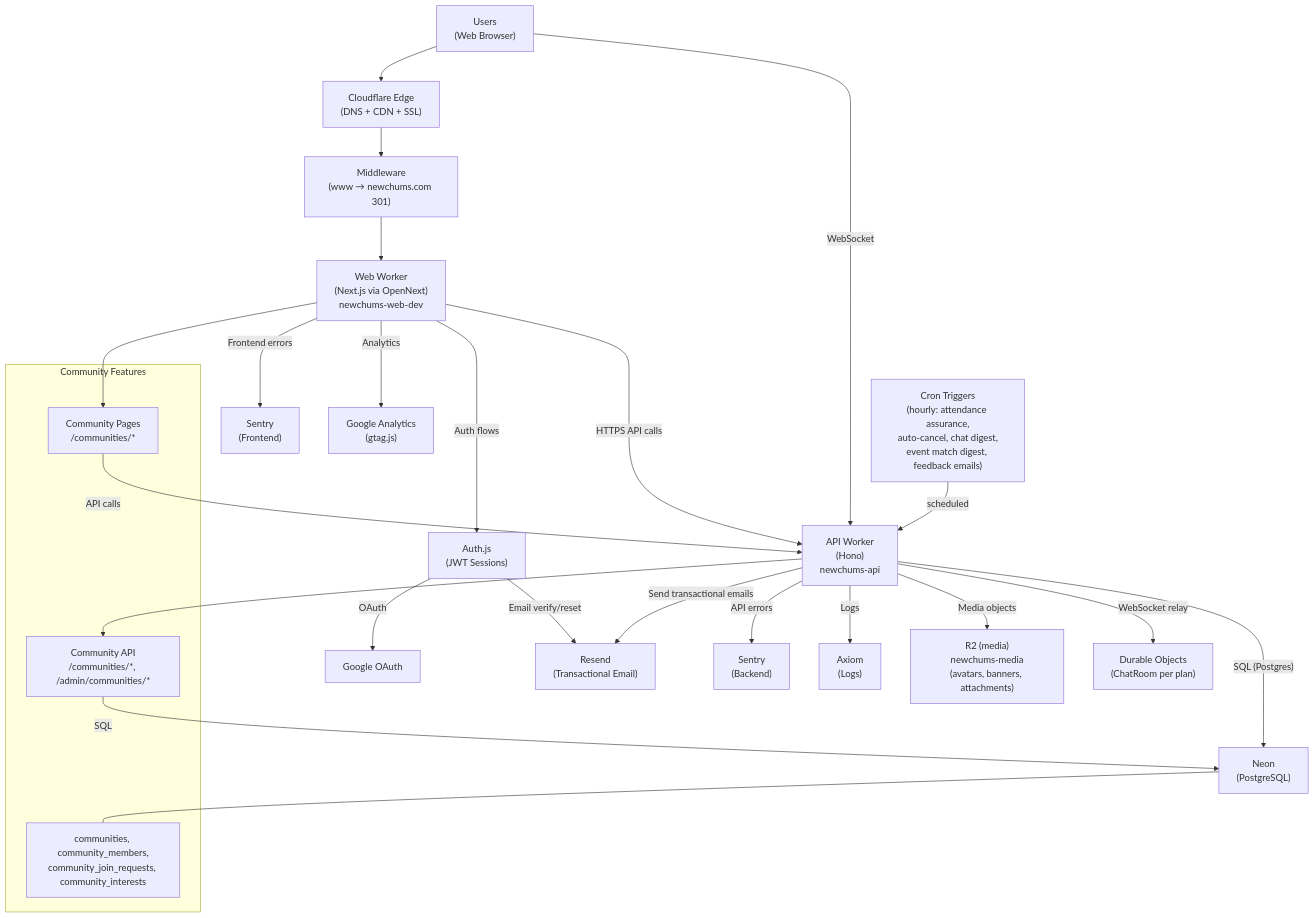
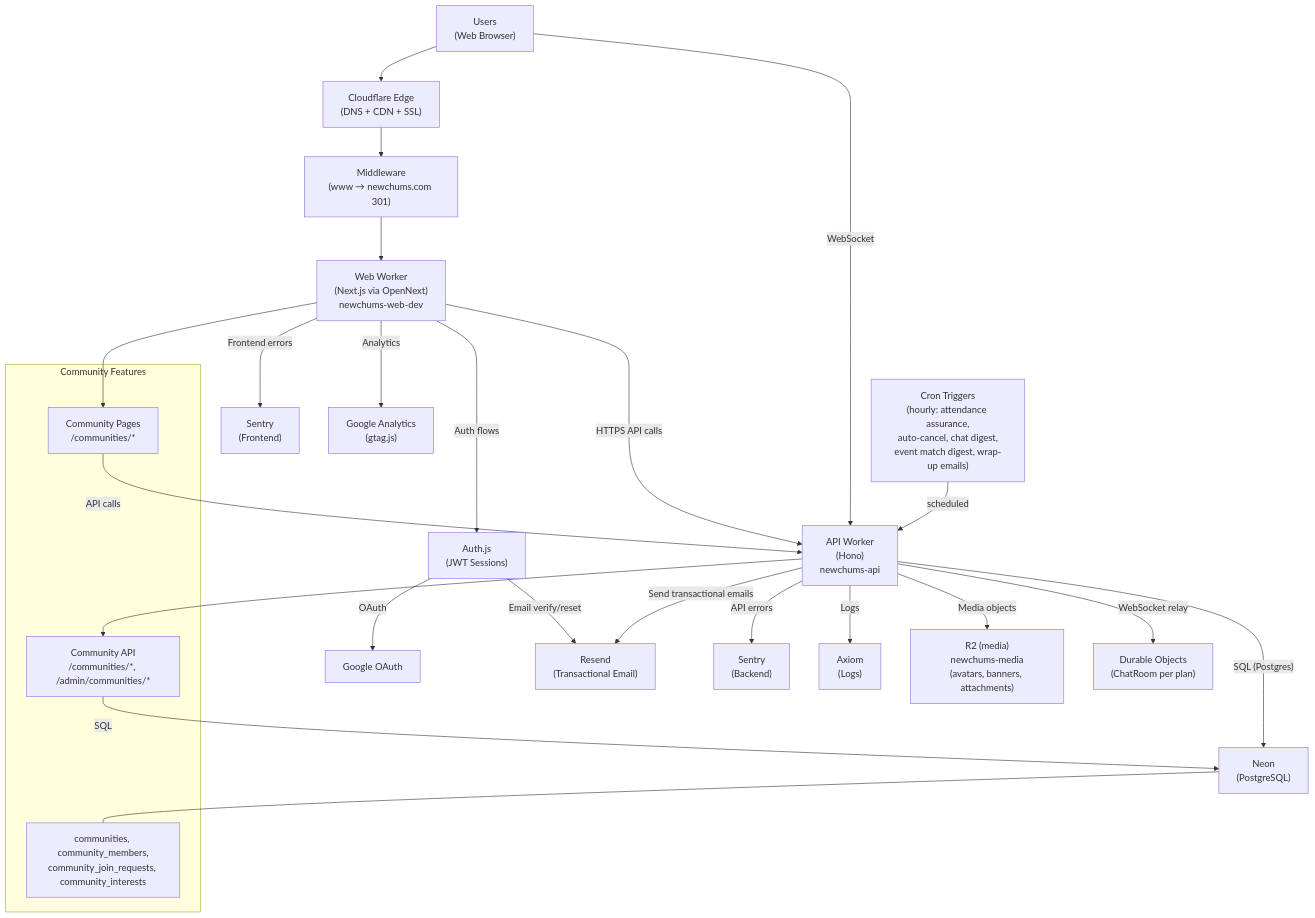
The first of 4 diagrams in docs/System_Map.md (RSS705/newchums), drawn with Mermaid before and after one commit. The commit also changed other lines of this file and 24 other files, not shown here.

````diff
--- a/docs/System_Map.md
+++ b/docs/System_Map.md
@@ -27,36 +27,36 @@
 ```mermaid
 flowchart TB
   U["Users<br/>(Web Browser)"] --> CF["Cloudflare Edge<br/>(DNS + CDN + SSL)"]
   CF --> MW["Middleware<br/>(www → newchums.com 301)"]
   MW --> W["Web Worker<br/>(Next.js via OpenNext)<br/>newchums-web-dev"]
 
   W -->|"HTTPS API calls"| API["API Worker<br/>(Hono)<br/>newchums-api"]
   API -->|"SQL (Postgres)"| DB["Neon<br/>(PostgreSQL)"]
 
   W -->|"Auth flows"| AUTH["Auth.js<br/>(JWT Sessions)"]
   AUTH -->|"OAuth"| GOOGLE["Google OAuth"]
   AUTH -->|"Email verify/reset"| PM["Resend<br/>(Transactional Email)"]
   API -->|"Send transactional emails"| PM
 
   W -->|"Frontend errors"| SENTRY_FE["Sentry<br/>(Frontend)"]
   API -->|"API errors"| SENTRY_BE["Sentry<br/>(Backend)"]
   API -->|"Logs"| AX["Axiom<br/>(Logs)"]
   W -->|"Analytics"| GA["Google Analytics<br/>(gtag.js)"]
 
   API -->|"Media objects"| R2["R2 (media)<br/>newchums-media<br/>(avatars, banners, attachments)"]
   API -->|"WebSocket relay"| DO["Durable Objects<br/>(ChatRoom per plan)"]
   U -->|"WebSocket"| API
-  CRON["Cron Triggers<br/>(hourly: attendance assurance,<br/>auto-cancel, chat digest,<br/>event match digest, feedback emails)"] -->|"scheduled"| API
+  CRON["Cron Triggers<br/>(hourly: attendance assurance,<br/>auto-cancel, chat digest,<br/>event match digest, wrap-up emails)"] -->|"scheduled"| API
 
   subgraph "Community Features"
     COMM_PAGES["Community Pages<br/>/communities/*"]
     COMM_API["Community API<br/>/communities/*, /admin/communities/*"]
     COMM_TABLES["communities, community_members,<br/>community_join_requests, community_interests"]
   end
 
   W --> COMM_PAGES
   COMM_PAGES -->|"API calls"| API
   API --> COMM_API
   COMM_API -->|"SQL"| DB
   DB --- COMM_TABLES
 ```
````
